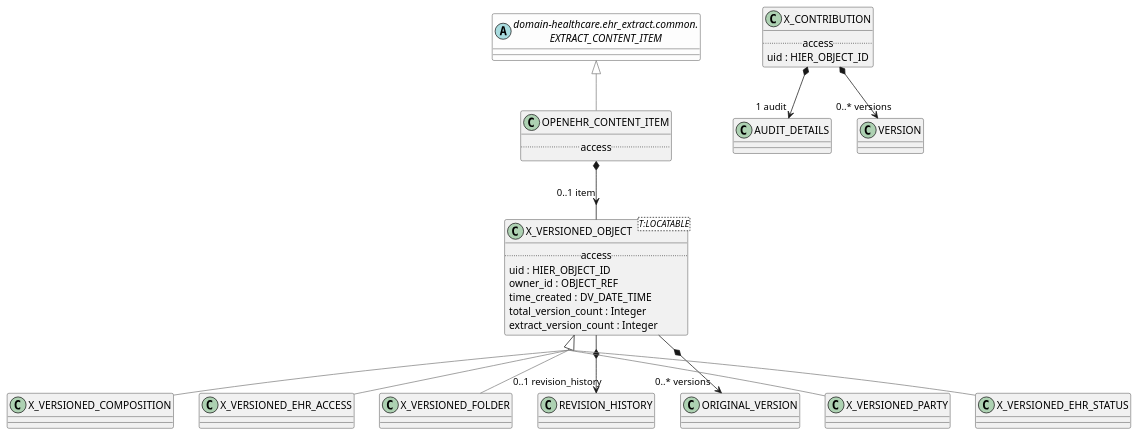
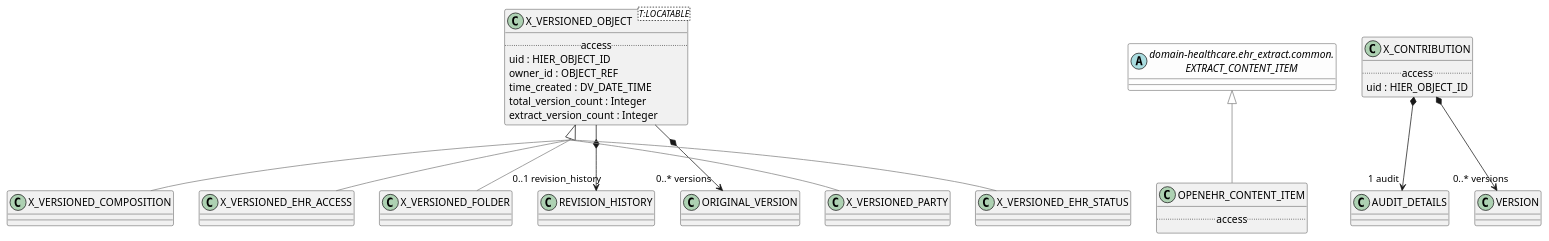
One commit to wolandscat/openehr-doc changed the diagram in modules/ROOT/examples/bmm/domain-healthcare/ehr_extract/openehr_extract/openehr_extract-package-uml.adoc. Above: the diagram before and after it, drawn with PlantUML. The commit also changed 541 other files, not shown here.

Commit message:
Regen with override markers, and override relations removed from UML.

```diff
--- a/modules/ROOT/examples/bmm/domain-healthcare/ehr_extract/openehr_extract/openehr_extract-package-uml.adoc
+++ b/modules/ROOT/examples/bmm/domain-healthcare/ehr_extract/openehr_extract/openehr_extract-package-uml.adoc
@@ -3,70 +3,68 @@
 [plantuml,opts=interactive,link=self]
 ....
 skinparam groupInheritance 2
 skinparam citedClassColor #FDFDFD
 
 
 class OPENEHR_CONTENT_ITEM [[/openehr-doc/latest/domain-healthcare/ehr_extract-gen.html#_class_openehr_content_item]] {
         .. access ..
 }
 
-OPENEHR_CONTENT_ITEM -[#gray]up-|> EXTRACT_CONTENT_ITEM  
+OPENEHR_CONTENT_ITEM -[#gray]up-|> EXTRACT_CONTENT_ITEM
 
-
-OPENEHR_CONTENT_ITEM *--> "0..1 item" X_VERSIONED_OBJECT
 
 class X_VERSIONED_COMPOSITION [[/openehr-doc/latest/domain-healthcare/ehr_extract-gen.html#_class_x_versioned_composition]] {
 }
 
-X_VERSIONED_COMPOSITION -[#gray]up-|> X_VERSIONED_OBJECT  
+X_VERSIONED_COMPOSITION -[#gray]up-|> X_VERSIONED_OBJECT
 
 
 class X_VERSIONED_EHR_ACCESS [[/openehr-doc/latest/domain-healthcare/ehr_extract-gen.html#_class_x_versioned_ehr_access]] {
 }
 
-X_VERSIONED_EHR_ACCESS -[#gray]up-|> X_VERSIONED_OBJECT  
+X_VERSIONED_EHR_ACCESS -[#gray]up-|> X_VERSIONED_OBJECT
 
 
 class X_VERSIONED_FOLDER [[/openehr-doc/latest/domain-healthcare/ehr_extract-gen.html#_class_x_versioned_folder]] {
 }
 
-X_VERSIONED_FOLDER -[#gray]up-|> X_VERSIONED_OBJECT  
+X_VERSIONED_FOLDER -[#gray]up-|> X_VERSIONED_OBJECT
 
 
 class X_VERSIONED_OBJECT<T:LOCATABLE> [[/openehr-doc/latest/domain-healthcare/ehr_extract-gen.html#_class_x_versioned_object]] {
         .. access ..
         uid : HIER_OBJECT_ID
         owner_id : OBJECT_REF
         time_created : DV_DATE_TIME
         total_version_count : Integer
         extract_version_count : Integer
 }
 
 X_VERSIONED_OBJECT *--> "0..1 revision_history" REVISION_HISTORY
 
 X_VERSIONED_OBJECT *--> "0..* versions" ORIGINAL_VERSION
 
 class X_VERSIONED_PARTY [[/openehr-doc/latest/domain-healthcare/ehr_extract-gen.html#_class_x_versioned_party]] {
 }
 
-X_VERSIONED_PARTY -[#gray]up-|> X_VERSIONED_OBJECT  
+X_VERSIONED_PARTY -[#gray]up-|> X_VERSIONED_OBJECT
 
 
 class X_CONTRIBUTION [[/openehr-doc/latest/domain-healthcare/ehr_extract-gen.html#_class_x_contribution]] {
         .. access ..
         uid : HIER_OBJECT_ID
 }
 
 X_CONTRIBUTION *--> "1 audit" AUDIT_DETAILS
 
 X_CONTRIBUTION *--> "0..* versions" VERSION
 
 class X_VERSIONED_EHR_STATUS [[/openehr-doc/latest/domain-healthcare/ehr_extract-gen.html#_class_x_versioned_ehr_status]] {
 }
 
-X_VERSIONED_EHR_STATUS -[#gray]up-|> X_VERSIONED_OBJECT  
+X_VERSIONED_EHR_STATUS -[#gray]up-|> X_VERSIONED_OBJECT
 
 abstract class "domain-healthcare.ehr_extract.common.\nEXTRACT_CONTENT_ITEM" as EXTRACT_CONTENT_ITEM  [[/openehr-doc/latest/domain-healthcare/ehr_extract-gen.html#_class_extract_content_item]] #FDFDFD {
 }
 
 ....
```
